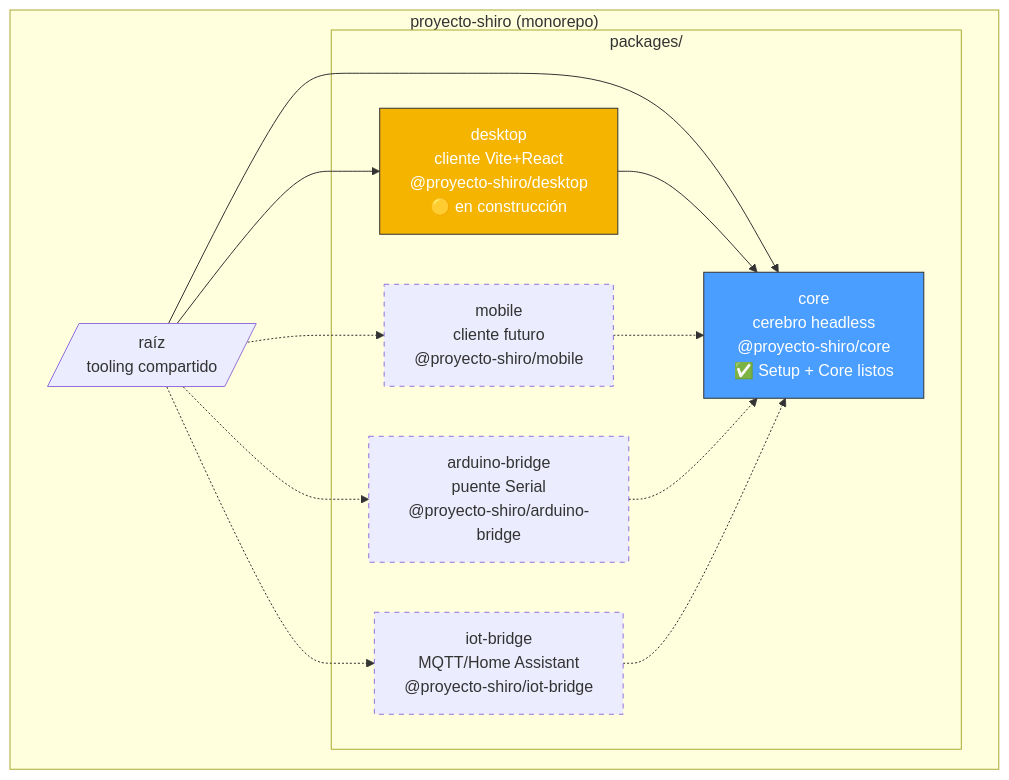
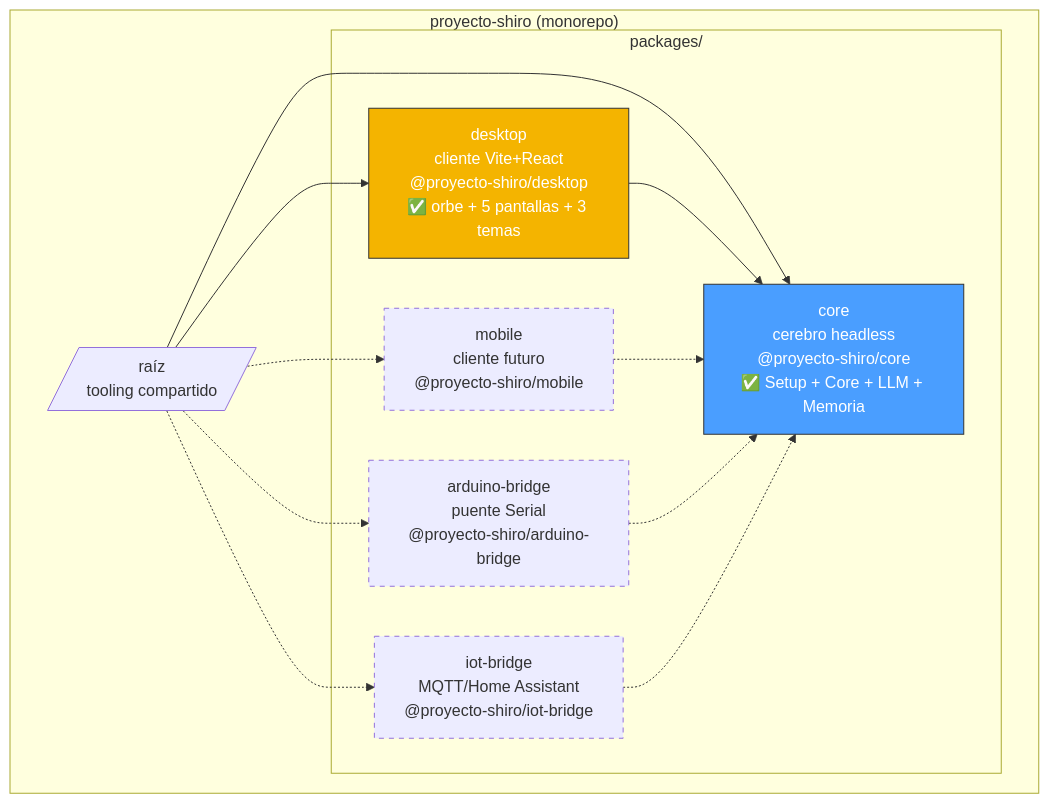
The first of 5 diagrams in docs/architecture.md (Pipelol0723/proyecto-shiro), drawn with Mermaid before and after one commit. The commit also changed other lines of this file and 2 other files, not shown here.

First line of the commit message:
docs: estado del hito Memoria al día tras PRs #28-#34 + limpieza

````diff
--- a/docs/architecture.md
+++ b/docs/architecture.md
@@ -25,31 +26,31 @@
 ```mermaid
 graph TB
     subgraph "proyecto-shiro (monorepo)"
         Root[/"raíz<br>tooling compartido"/]
 
         subgraph "packages/"
-            Core["core<br>cerebro headless<br>@proyecto-shiro/core<br>✅ Setup + Core listos"]
-            Desktop["desktop<br>cliente Vite+React<br>@proyecto-shiro/desktop<br>🟡 en construcción"]
+            Core["core<br>cerebro headless<br>@proyecto-shiro/core<br>✅ Setup + Core + LLM + Memoria"]
+            Desktop["desktop<br>cliente Vite+React<br>@proyecto-shiro/desktop<br>✅ orbe + 5 pantallas + 3 temas"]
             Mobile["mobile<br>cliente futuro<br>@proyecto-shiro/mobile"]
             Arduino["arduino-bridge<br>puente Serial<br>@proyecto-shiro/arduino-bridge"]
             IoT["iot-bridge<br>MQTT/Home Assistant<br>@proyecto-shiro/iot-bridge"]
         end
 
         Root --> Core
         Root --> Desktop
         Root -.-> Mobile
         Root -.-> Arduino
         Root -.-> IoT
 
         Desktop --> Core
         Mobile -.-> Core
         Arduino -.-> Core
         IoT -.-> Core
     end
 
     style Core fill:#4a9eff,stroke:#333,color:#fff
     style Desktop fill:#f4b400,stroke:#333,color:#fff
     style Mobile stroke-dasharray: 5 5
     style Arduino stroke-dasharray: 5 5
     style IoT stroke-dasharray: 5 5
 ```
````
